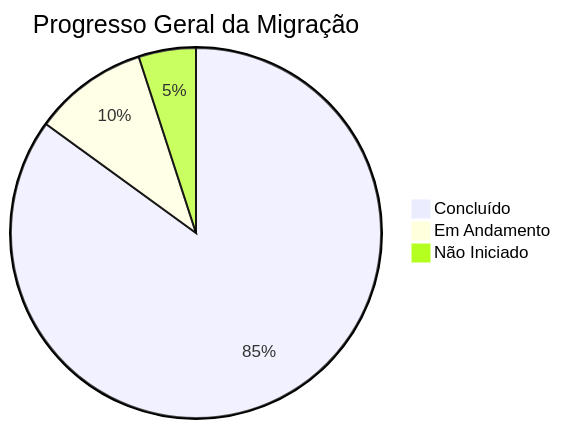
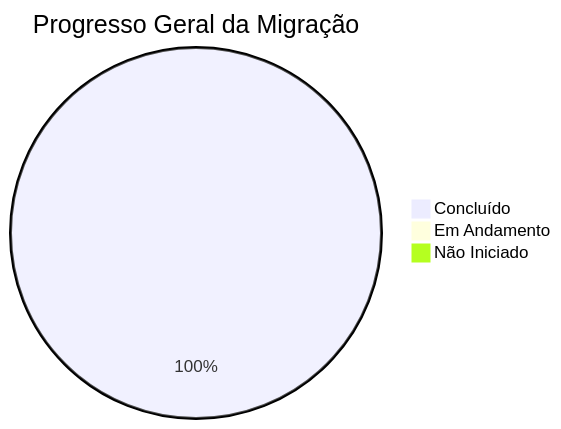
Before and after one commit to AnthonyVeras/NeroBot: the first of 2 diagrams in docs/status.md, drawn with Mermaid. The commit also changed other lines of this file and 13 other files, not shown here.

````diff
--- a/docs/status.md
+++ b/docs/status.md
@@ -9,6 +9,6 @@
 ```mermaid
 pie title Progresso Geral da Migração
-    "Concluído" : 85
-    "Em Andamento" : 10
-    "Não Iniciado" : 5
+    "Concluído" : 100
+    "Em Andamento" : 0
+    "Não Iniciado" : 0
 ```
````
